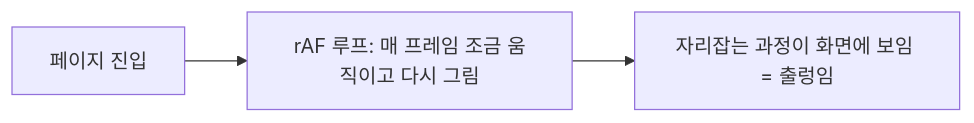
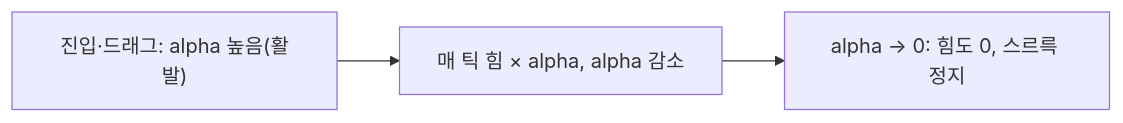
One commit to RJ-Stony/injoy changed the diagram in src/content/posts/polish-round-12.md. Above: the diagram before and after it, drawn with Mermaid. The commit also changed other lines of this file and 3 other files, not shown here.

First line of the commit message:
fix: 그래프 냉각(alpha)으로 진입·드래그 튐 제거 + 날짜 수정일 하나만·1년 넘으면 실제날짜 + 만듦새

````diff
--- a/src/content/posts/polish-round-12.md
+++ b/src/content/posts/polish-round-12.md
@@ -36,5 +55,5 @@
 ```mermaid
 flowchart LR
-    A["페이지 진입"] --> B["rAF 루프: 매 프레임 조금 움직이고 다시 그림"]
-    B --> C["자리잡는 과정이 화면에 보임 = 출렁임"]
+    A["진입·드래그: alpha 높음(활발)"] --> B["매 틱 힘 × alpha, alpha 감소"]
+    B --> C["alpha → 0: 힘도 0, 스르륵 정지"]
 ```
````
